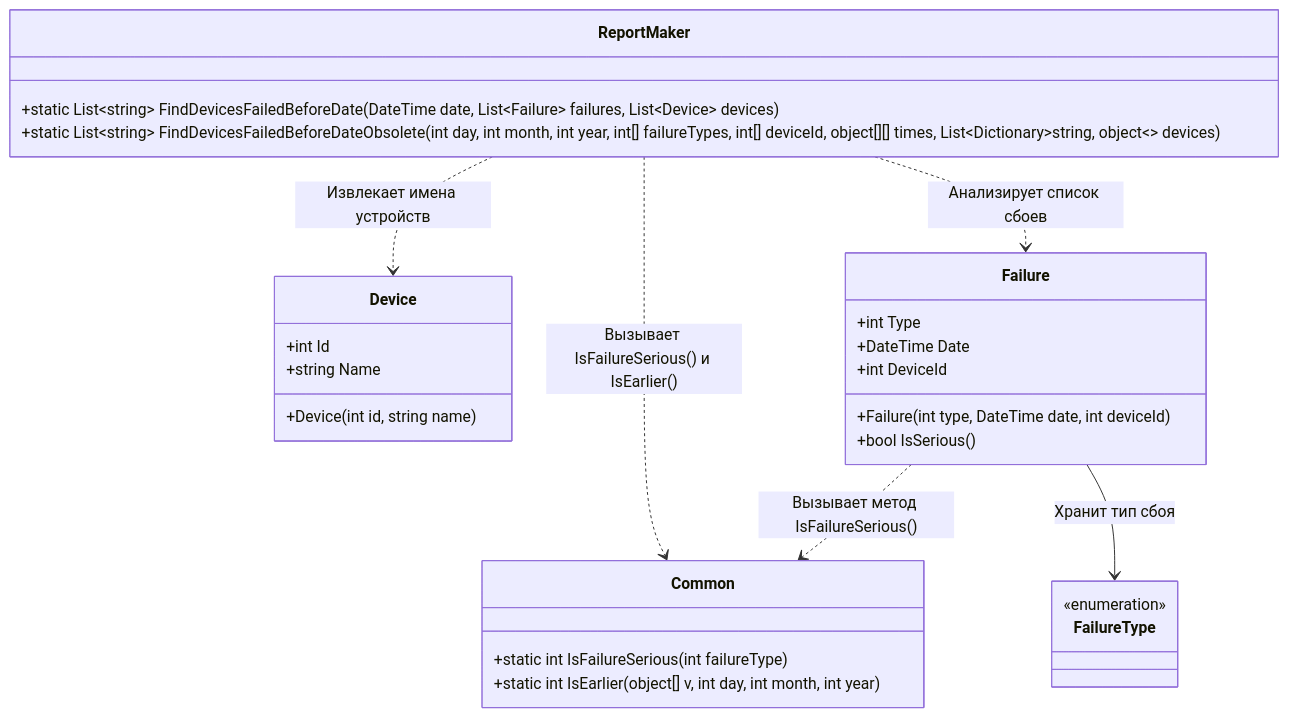
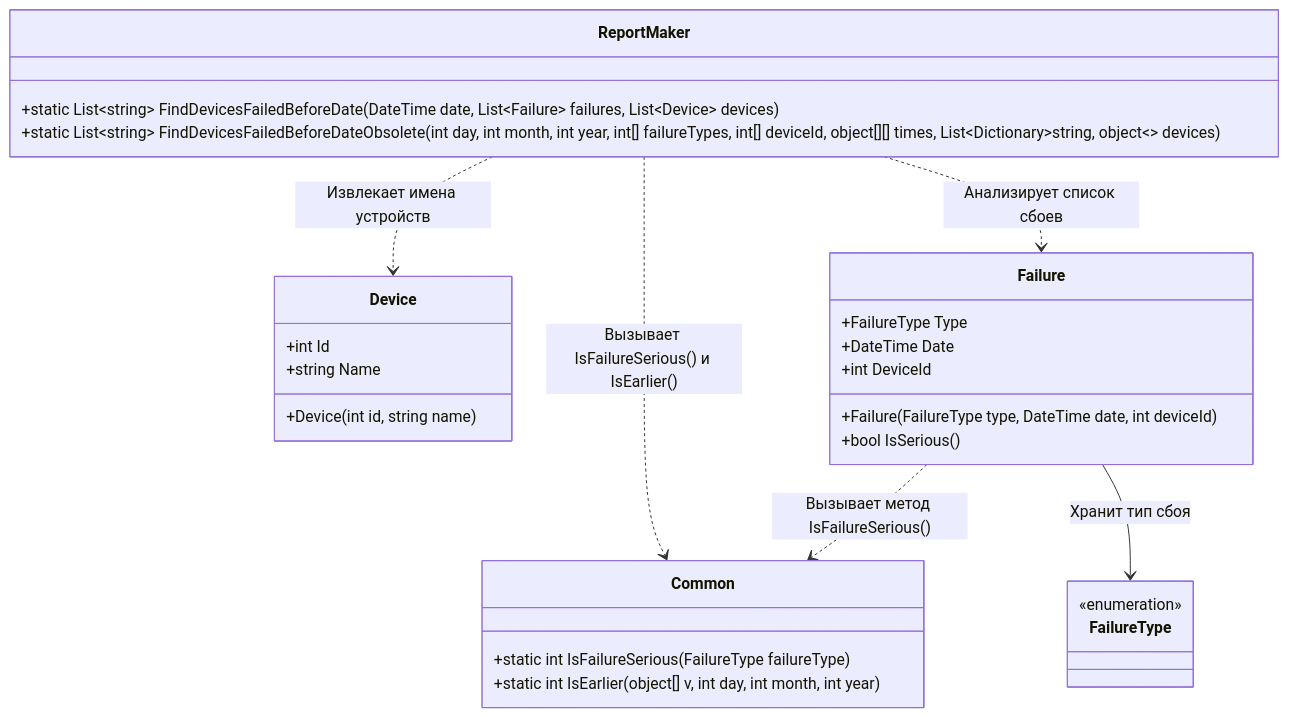
Before and after one commit to ram0k009/Practice: the diagram in sboi.md, drawn with Mermaid.

````diff
--- a/sboi.md
+++ b/sboi.md
@@ -1,38 +1,38 @@
 ```mermaid
 classDiagram
 direction TB
     class Device {
 	    +int Id
 	    +string Name
 	    +Device(int id, string name)
     }
 
     class Failure {
-	    +int Type
+	    +FailureType Type
 	    +DateTime Date
 	    +int DeviceId
-	    +Failure(int type, DateTime date, int deviceId)
+	    +Failure(FailureType type, DateTime date, int deviceId)
 	    +bool IsSerious()
     }
 
     class Common {
-	    +static int IsFailureSerious(int failureType)
+	    +static int IsFailureSerious(FailureType failureType)
 	    +static int IsEarlier(object[] v, int day, int month, int year)
     }
 
     class ReportMaker {
 	    +static List~string~ FindDevicesFailedBeforeDate(DateTime date, List~Failure~ failures, List~Device~ devices)
 	    +static List~string~ FindDevicesFailedBeforeDateObsolete(int day, int month, int year, int[] failureTypes, int[] deviceId, object[][] times, List~Dictionary~string, object~~ devices)
     }
 
     class FailureType {
     }
 
 	<<enumeration>> FailureType
 
     Failure ..> Common : Вызывает метод IsFailureSerious()
     ReportMaker ..> Failure : Анализирует список сбоев
     ReportMaker ..> Device : Извлекает имена устройств
 	ReportMaker ..> Common : Вызывает IsFailureSerious() и IsEarlier()
 	Failure --> FailureType : Хранит тип сбоя
 ```
````
